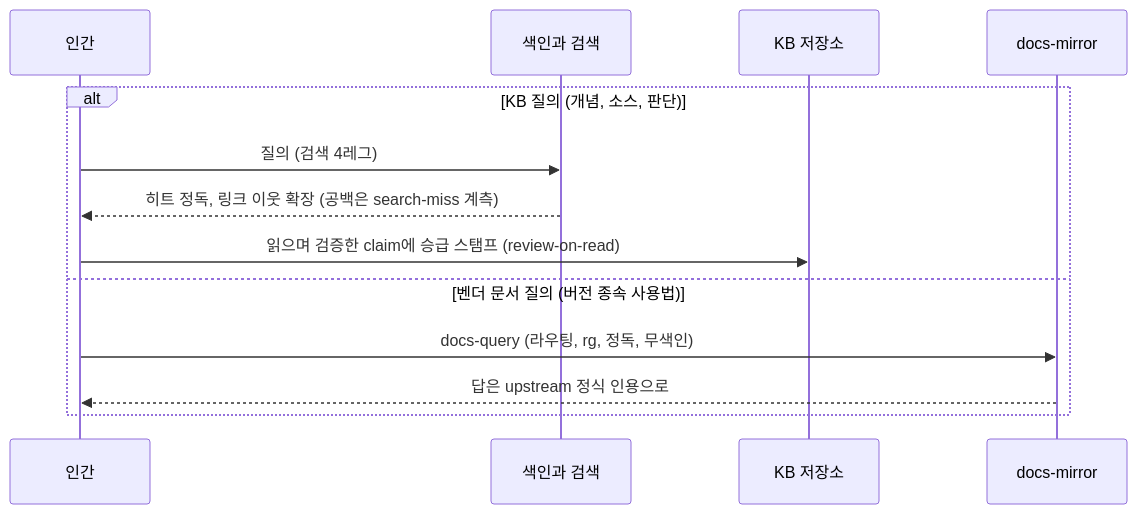
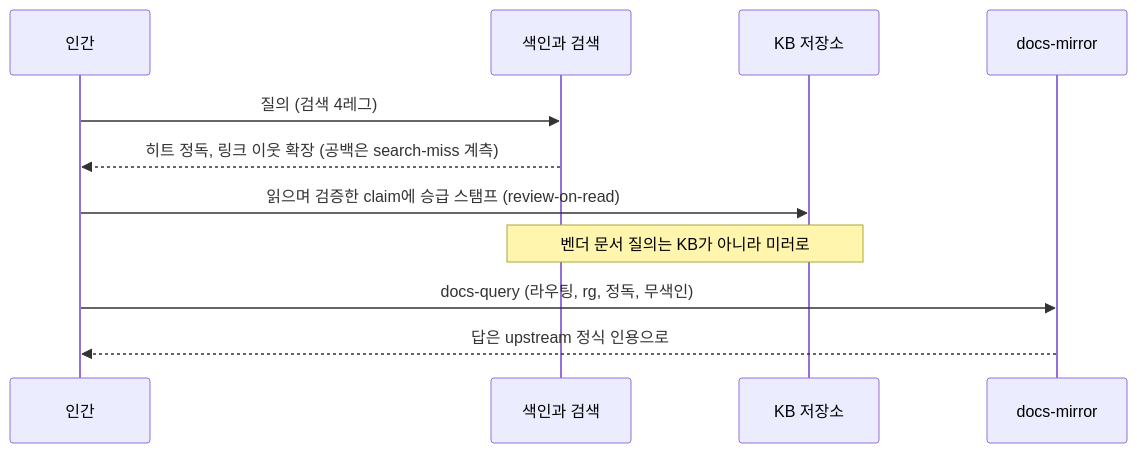
Before and after one commit to alteralab/syntopicon: the third of 4 diagrams in README.md, drawn with Mermaid.

Commit message:
plan: 읽기 경로 alt 제거 — note 배너가 같은 정보를 더 싸게 전달
전폭 점선 프레임+대괄호 라벨은 메시지 2~3개 갈래에 과잉 장치였다.
갈림의 사실만 배너 한 줄로. 폭 1225 실측, 래스터 검증 통과.

````diff
--- a/README.md
+++ b/README.md
@@ -72,17 +72,16 @@
 ```mermaid
 %%{init: {"sequence": {"width": 140, "messageMargin": 28, "boxMargin": 12, "actorMargin": 108}}}%%
 sequenceDiagram
     participant H as 인간
     participant S as 색인과 검색
     participant K as KB 저장소
     participant M as docs-mirror
 
-    alt KB 질의 (개념, 소스, 판단)
-        H->>S: 질의 (검색 4레그)
-        S-->>H: 히트 정독, 링크 이웃 확장 (공백은 search-miss 계측)
-        H->>K: 읽으며 검증한 claim에 승급 스탬프 (review-on-read)
-    else 벤더 문서 질의 (버전 종속 사용법)
-        H->>M: docs-query (라우팅, rg, 정독, 무색인)
-        M-->>H: 답은 upstream 정식 인용으로
-    end
+    H->>S: 질의 (검색 4레그)
+    S-->>H: 히트 정독, 링크 이웃 확장 (공백은 search-miss 계측)
+    H->>K: 읽으며 검증한 claim에 승급 스탬프 (review-on-read)
+
+    note over S,K: 벤더 문서 질의는 KB가 아니라 미러로
+    H->>M: docs-query (라우팅, rg, 정독, 무색인)
+    M-->>H: 답은 upstream 정식 인용으로
 ```
````
